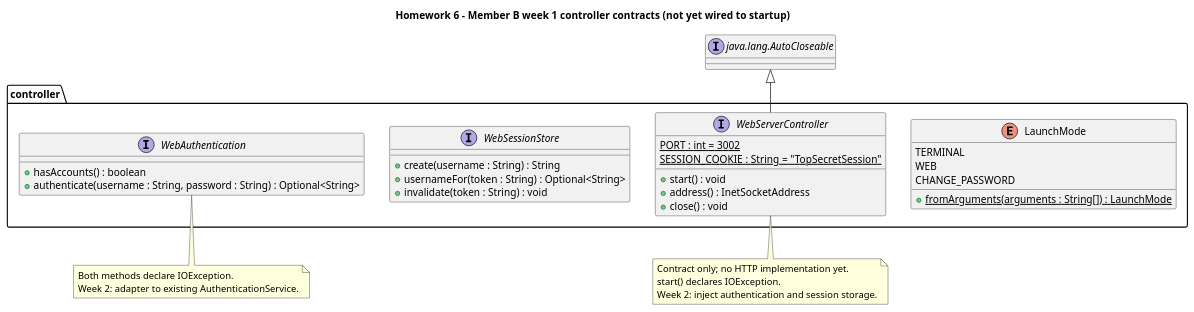
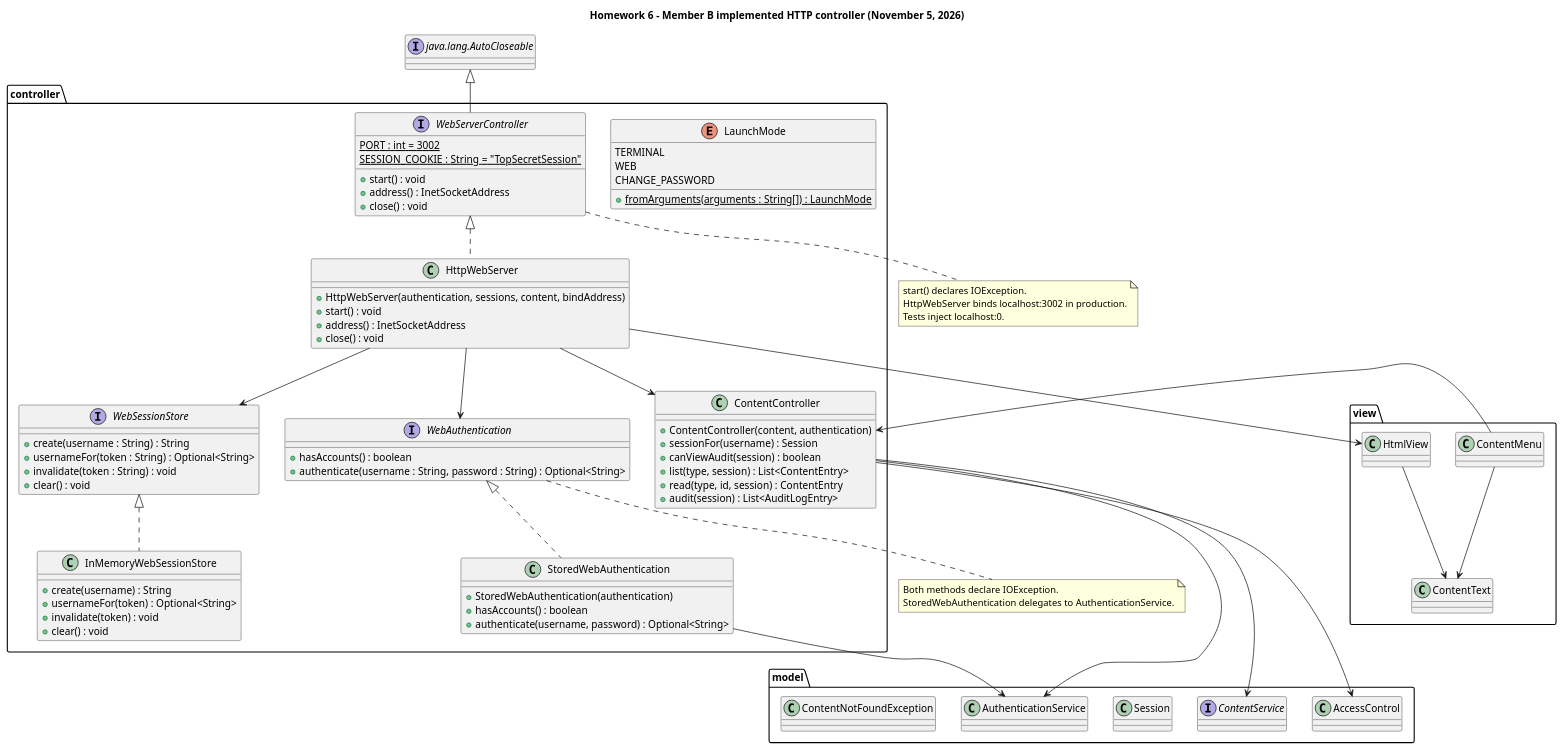
One commit to fa26-cs3140/2-33-TopSecret changed the diagram in docs/homework6-controller-classes.puml. Above: the diagram before and after it, drawn with PlantUML. The commit also changed 235 other files, not shown here.

```diff
--- a/docs/homework6-controller-classes.puml
+++ b/docs/homework6-controller-classes.puml
@@ -1,38 +1,90 @@
 @startuml
-title Homework 6 - Member B week 1 controller contracts (not yet wired to startup)
+title Homework 6 - Member B implemented HTTP controller (November 5, 2026)
 package controller {
     enum LaunchMode {
         TERMINAL
         WEB
         CHANGE_PASSWORD
         {static} +fromArguments(arguments : String[]) : LaunchMode
     }
     interface WebAuthentication {
         +hasAccounts() : boolean
         +authenticate(username : String, password : String) : Optional<String>
     }
     interface WebSessionStore {
         +create(username : String) : String
         +usernameFor(token : String) : Optional<String>
         +invalidate(token : String) : void
+        +clear() : void
     }
     interface WebServerController {
         {static} PORT : int = 3002
         {static} SESSION_COOKIE : String = "TopSecretSession"
         +start() : void
         +address() : InetSocketAddress
         +close() : void
     }
+    class HttpWebServer {
+        +HttpWebServer(authentication, sessions, content, bindAddress)
+        +start() : void
+        +address() : InetSocketAddress
+        +close() : void
+    }
+    class StoredWebAuthentication {
+        +StoredWebAuthentication(authentication)
+        +hasAccounts() : boolean
+        +authenticate(username, password) : Optional<String>
+    }
+    class InMemoryWebSessionStore {
+        +create(username) : String
+        +usernameFor(token) : Optional<String>
+        +invalidate(token) : void
+        +clear() : void
+    }
+    class ContentController {
+        +ContentController(content, authentication)
+        +sessionFor(username) : Session
+        +canViewAudit(session) : boolean
+        +list(type, session) : List<ContentEntry>
+        +read(type, id, session) : ContentEntry
+        +audit(session) : List<AuditLogEntry>
+    }
 }
+package model {
+    class AuthenticationService
+    interface ContentService
+    class Session
+    class AccessControl
+    class ContentNotFoundException
+}
+package view {
+    class ContentMenu
+    class ContentText
+    class HtmlView
+}
+WebServerController <|.. HttpWebServer
+WebAuthentication <|.. StoredWebAuthentication
+WebSessionStore <|.. InMemoryWebSessionStore
+HttpWebServer --> WebAuthentication
+HttpWebServer --> WebSessionStore
+HttpWebServer --> ContentController
+HttpWebServer --> HtmlView
+StoredWebAuthentication --> AuthenticationService
+ContentController --> AuthenticationService
+ContentController --> ContentService
+ContentController --> AccessControl
+ContentMenu --> ContentController
+ContentMenu --> ContentText
+HtmlView --> ContentText
 interface "java.lang.AutoCloseable" as AutoCloseable
 AutoCloseable <|-- WebServerController
 note bottom of WebServerController
-  Contract only; no HTTP implementation yet.
   start() declares IOException.
-  Week 2: inject authentication and session storage.
+  HttpWebServer binds localhost:3002 in production.
+  Tests inject localhost:0.
 end note
 note bottom of WebAuthentication
   Both methods declare IOException.
-  Week 2: adapter to existing AuthenticationService.
+  StoredWebAuthentication delegates to AuthenticationService.
 end note
 @enduml
```
